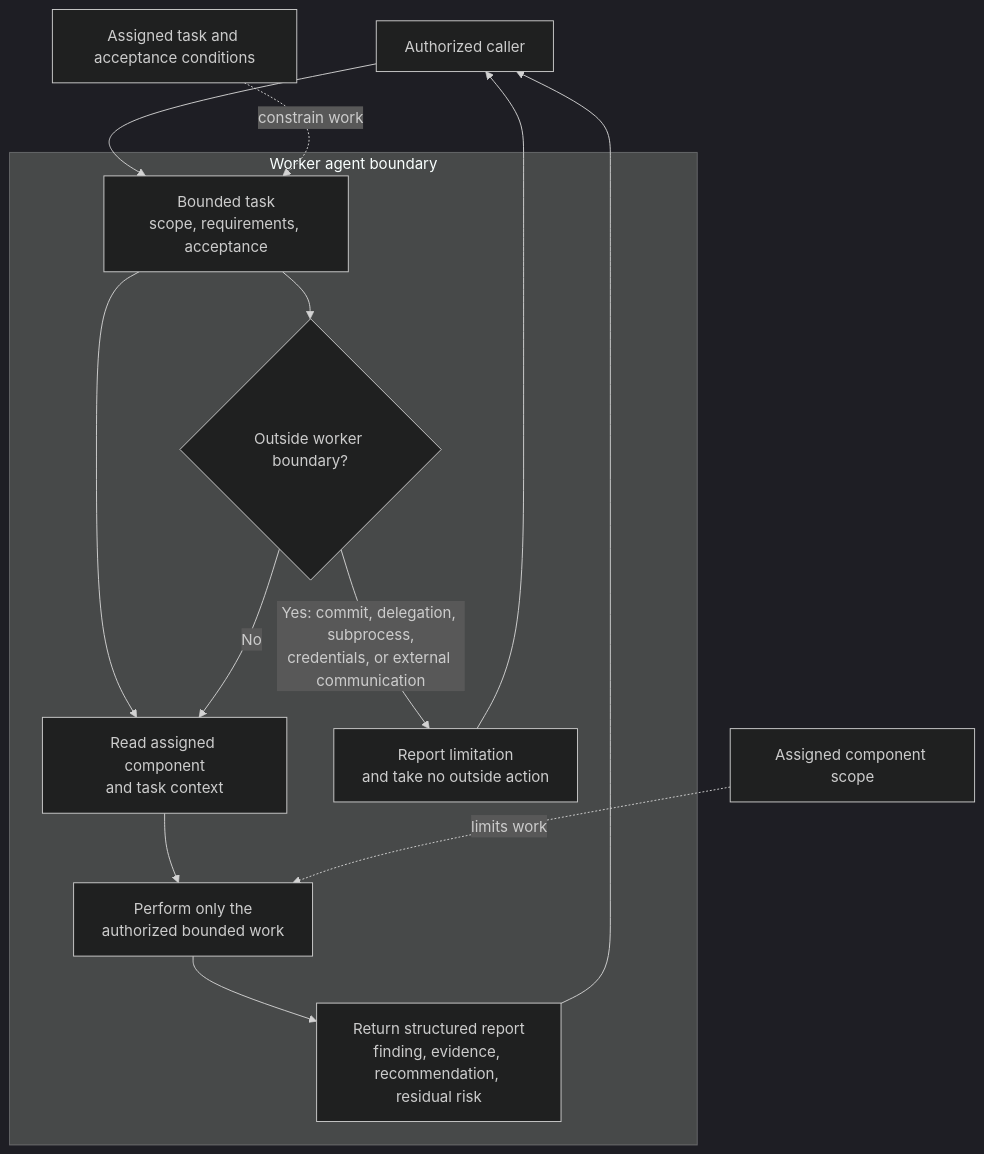
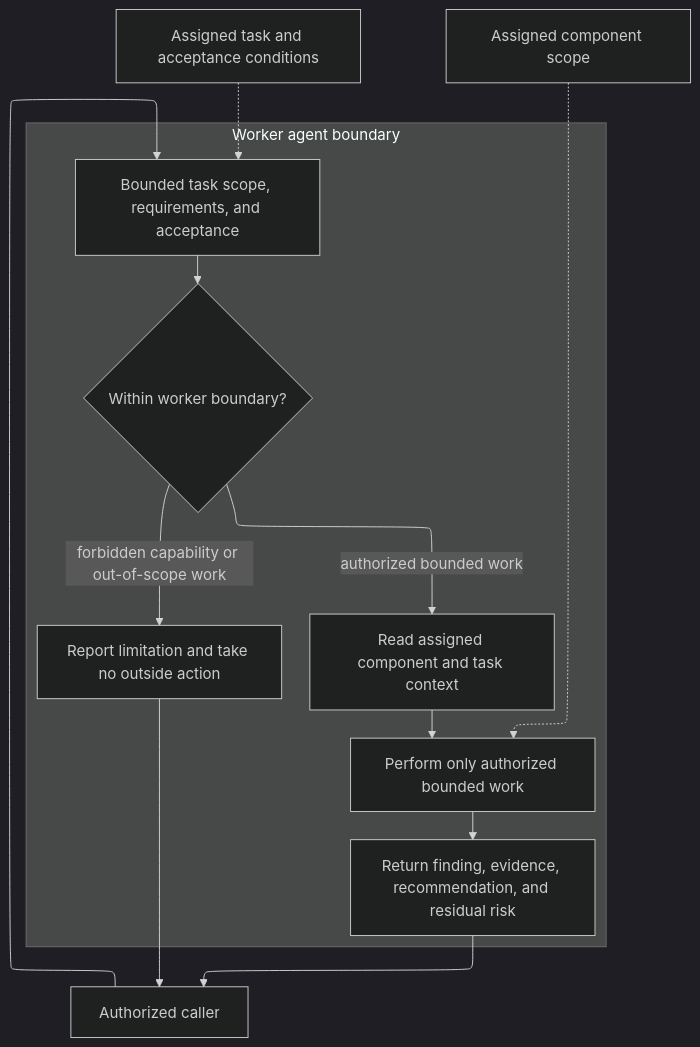
Before and after one commit to abstract-business-systems/as-is: the diagram in agents/worker/as-is.md, drawn with Mermaid (dark theme). The commit also changed other lines of this file and 72 other files, not shown here.

````diff
--- a/agents/worker/as-is.md
+++ b/agents/worker/as-is.md
@@ -15,18 +16,21 @@
 ```mermaid
-flowchart TD
-    Caller["Authorized caller"] --> Request["Bounded task\nscope, requirements, acceptance"]
+---
+config:
+  layout: elk
+---
+flowchart TB
+    Caller["Authorized caller"] --> Request["Bounded task scope, requirements, and acceptance"]
 
     subgraph WorkerBoundary["Worker agent boundary"]
-        Request --> Inspect["Read assigned component\nand task context"]
-        Inspect --> Work["Perform only the\nauthorized bounded work"]
-        Work --> Report["Return structured report\nfinding, evidence, recommendation, residual risk"]
-        Request --> Reject{"Outside worker boundary?"}
-        Reject -- "Yes: commit, delegation, subprocess,\ncredentials, or external communication" --> Refuse["Report limitation\nand take no outside action"]
-        Reject -- "No" --> Inspect
+        Request --> Boundary{"Within worker boundary?"}
+        Boundary -->|authorized bounded work| Inspect["Read assigned component and task context"]
+        Inspect --> Work["Perform only authorized bounded work"]
+        Work --> Report["Return finding, evidence, recommendation, and residual risk"]
+        Boundary -->|forbidden capability or out-of-scope work| Refuse["Report limitation and take no outside action"]
     end
 
-    Authority["Assigned task and acceptance conditions"] -. "constrain work" .-> Request
-    Scope["Assigned component scope"] -. "limits work" .-> Work
+    Authority["Assigned task and acceptance conditions"] -.-> Request
+    Scope["Assigned component scope"] -.-> Work
     Report --> Caller
     Refuse --> Caller
 ```
````
